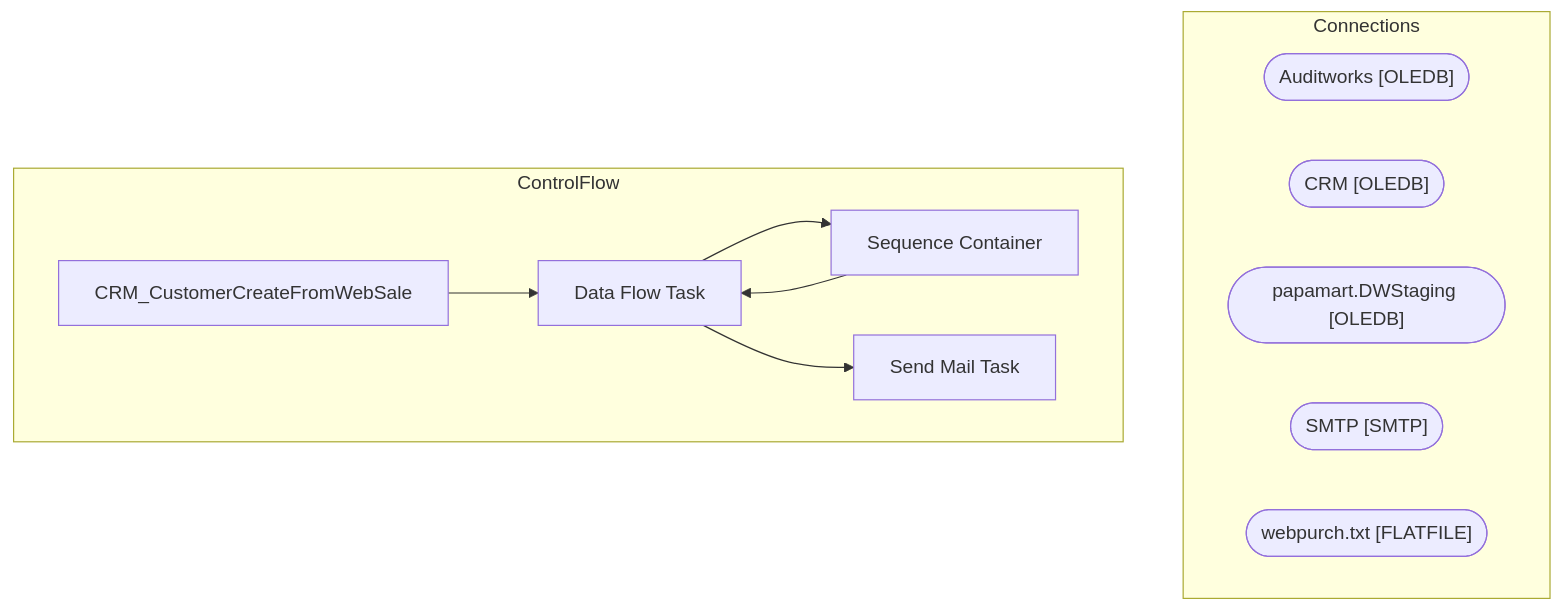
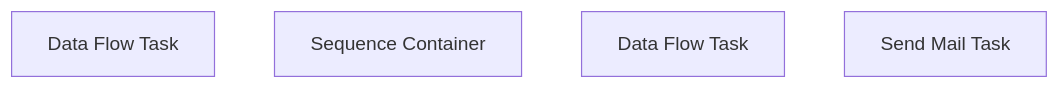
One commit to juanandresbrain/BABSkills changed the diagram in bab-docs-explorer/Documentation/STL-SSIS-P-01/SSIS/CRM/CRM_CustomerCreateFromWebSale.CRM_CustomerCreateFromWebSale.md. Above: the diagram before and after it, drawn with Mermaid. The commit also changed other lines of this file and 273 other files, not shown here.

````diff
--- a/bab-docs-explorer/Documentation/STL-SSIS-P-01/SSIS/CRM/CRM_CustomerCreateFromWebSale.CRM_CustomerCreateFromWebSale.md
+++ b/bab-docs-explorer/Documentation/STL-SSIS-P-01/SSIS/CRM/CRM_CustomerCreateFromWebSale.CRM_CustomerCreateFromWebSale.md
@@ -9,21 +38,7 @@
 ```mermaid
 flowchart TD
-    subgraph Connections
-        Auditworks_conn(["Auditworks [OLEDB]"])
-        CRM_conn(["CRM [OLEDB]"])
-        papamart_DWStaging_conn(["papamart.DWStaging [OLEDB]"])
-        SMTP_conn(["SMTP [SMTP]"])
-        webpurch_txt_conn(["webpurch.txt [FLATFILE]"])
-    end
-    subgraph ControlFlow
-        CRM_CustomerCreateFromWebSale_task["CRM_CustomerCreateFromWebSale"]
-        Data_Flow_Task_task["Data Flow Task"]
-        CRM_CustomerCreateFromWebSale_task --> Data_Flow_Task_task
-        Sequence_Container_task["Sequence Container"]
-        Data_Flow_Task_task --> Sequence_Container_task
-        Data_Flow_Task_task["Data Flow Task"]
-        Sequence_Container_task --> Data_Flow_Task_task
-        Send_Mail_Task_task["Send Mail Task"]
-        Data_Flow_Task_task --> Send_Mail_Task_task
-    end
+    n_Package_Data_Flow_Task["Data Flow Task"]
+    n_Package_Sequence_Container["Sequence Container"]
+    n_Package_Sequence_Container_Data_Flow_Task["Data Flow Task"]
+    n_Package_EventHandlers_OnError__Send_Mail_Task["Send Mail Task"]
 ```
````
